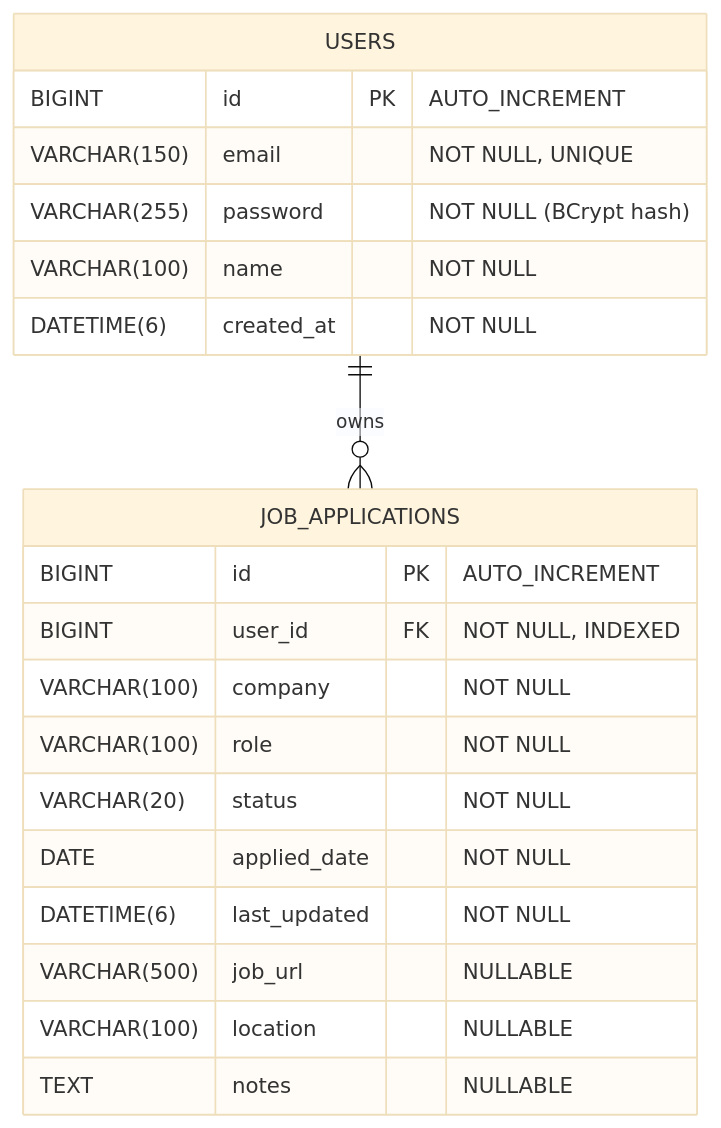
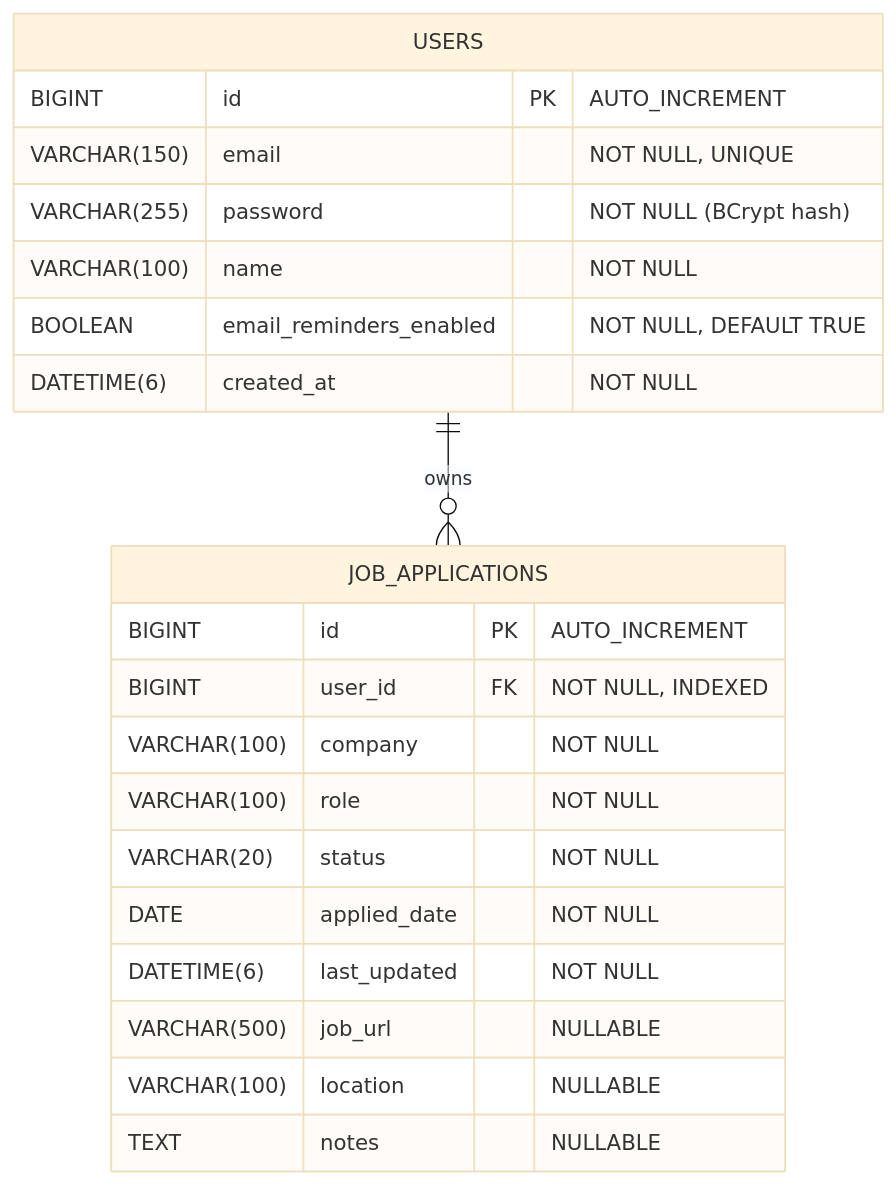
Before and after one commit to pbanakar/huntlog: the fifth of 5 diagrams in ARCHITECTURE.md, drawn with Mermaid (base theme). The commit also changed other lines of this file and 19 other files, not shown here.

Commit message:
feat(reminders): add scheduled email follow-up reminders and user preferences

````diff
--- a/ARCHITECTURE.md
+++ b/ARCHITECTURE.md
@@ -172,25 +216,26 @@
 ```mermaid
 erDiagram
     USERS ||--o{ JOB_APPLICATIONS : "owns"
     
     USERS {
         BIGINT id PK "AUTO_INCREMENT"
         VARCHAR(150) email "NOT NULL, UNIQUE"
         VARCHAR(255) password "NOT NULL (BCrypt hash)"
         VARCHAR(100) name "NOT NULL"
+        BOOLEAN email_reminders_enabled "NOT NULL, DEFAULT TRUE"
         DATETIME(6) created_at "NOT NULL"
     }
 
     JOB_APPLICATIONS {
         BIGINT id PK "AUTO_INCREMENT"
         BIGINT user_id FK "NOT NULL, INDEXED"
         VARCHAR(100) company "NOT NULL"
         VARCHAR(100) role "NOT NULL"
         VARCHAR(20) status "NOT NULL"
         DATE applied_date "NOT NULL"
         DATETIME(6) last_updated "NOT NULL"
         VARCHAR(500) job_url "NULLABLE"
         VARCHAR(100) location "NULLABLE"
         TEXT notes "NULLABLE"
     }
 ```
````
